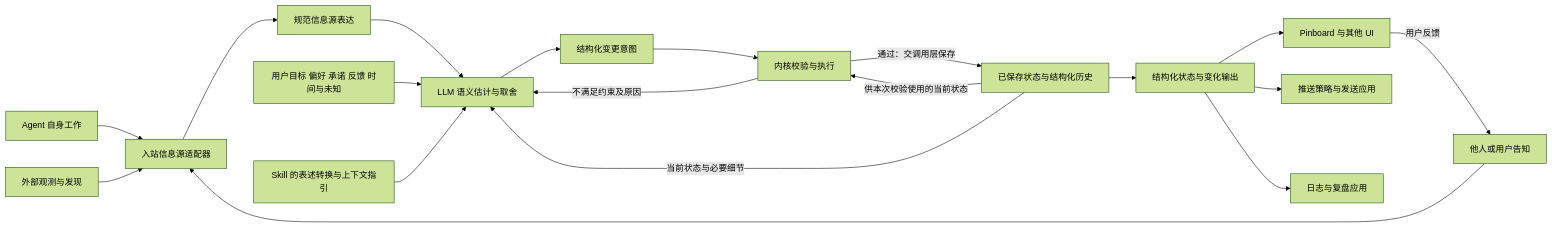
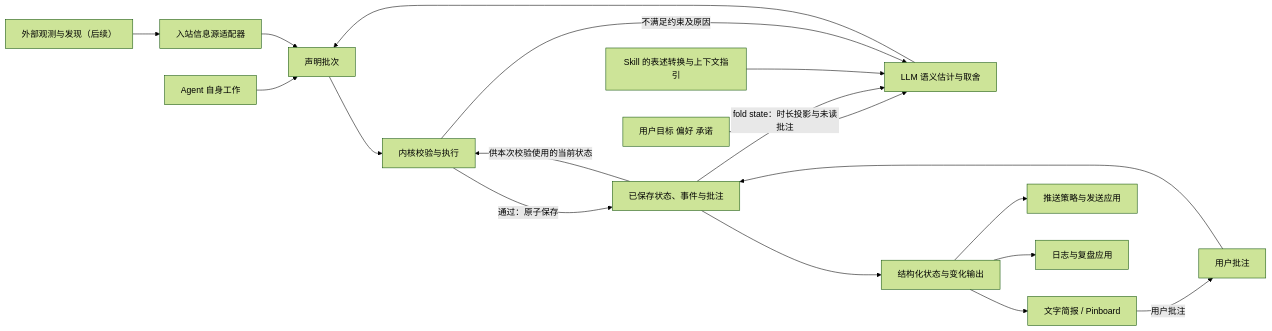
Before and after one commit to nemori-ai/fold-skill: the diagram in docs/architecture.md, drawn with Mermaid (forest theme). The commit also changed other lines of this file and 13 other files, not shown here.

````diff
--- a/docs/architecture.md
+++ b/docs/architecture.md
@@ -28,21 +26,19 @@
 ```mermaid
 flowchart LR
-  W[Agent 自身工作] --> I[入站信息源适配器]
-  X[外部观测与发现] --> I
-  H[他人或用户告知] --> I
-  I --> N[规范信息源表达]
-  N --> A[LLM 语义估计与取舍]
-  C[用户目标 偏好 承诺 反馈 时间与未知] --> A
-  P[已保存状态与结构化历史] -->|当前状态与必要细节| A
+  W[Agent 自身工作] --> N[声明批次]
+  X[外部观测与发现（后续）] --> I[入站信息源适配器] --> N
+  H[用户批注] --> P
+  N --> K[内核校验与执行]
+  C[用户目标 偏好 承诺] --> A[LLM 语义估计与取舍]
+  P[已保存状态、事件与批注] -->|fold state：时长投影与未读批注| A
   G[Skill 的表述转换与上下文指引] --> A
-  A --> D[结构化变更意图]
-  D --> K[内核校验与执行]
+  A --> N
   P -->|供本次校验使用的当前状态| K
   K -->|不满足约束及原因| A
-  K -->|通过：交调用层保存| P
+  K -->|通过：原子保存| P
   P --> O[结构化状态与变化输出]
-  O --> U[Pinboard 与其他 UI]
+  O --> U[文字简报 / Pinboard]
   O --> T[推送策略与发送应用]
   O --> L[日志与复盘应用]
-  U -->|用户反馈| H
+  U -->|用户批注| H
 ```
````
